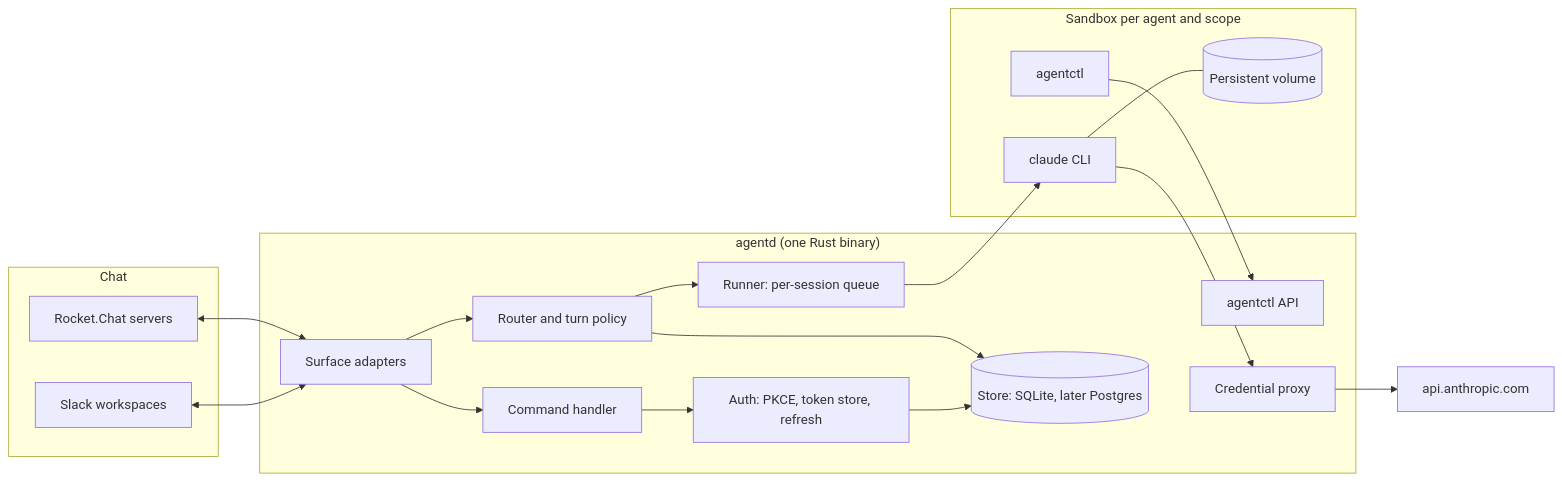
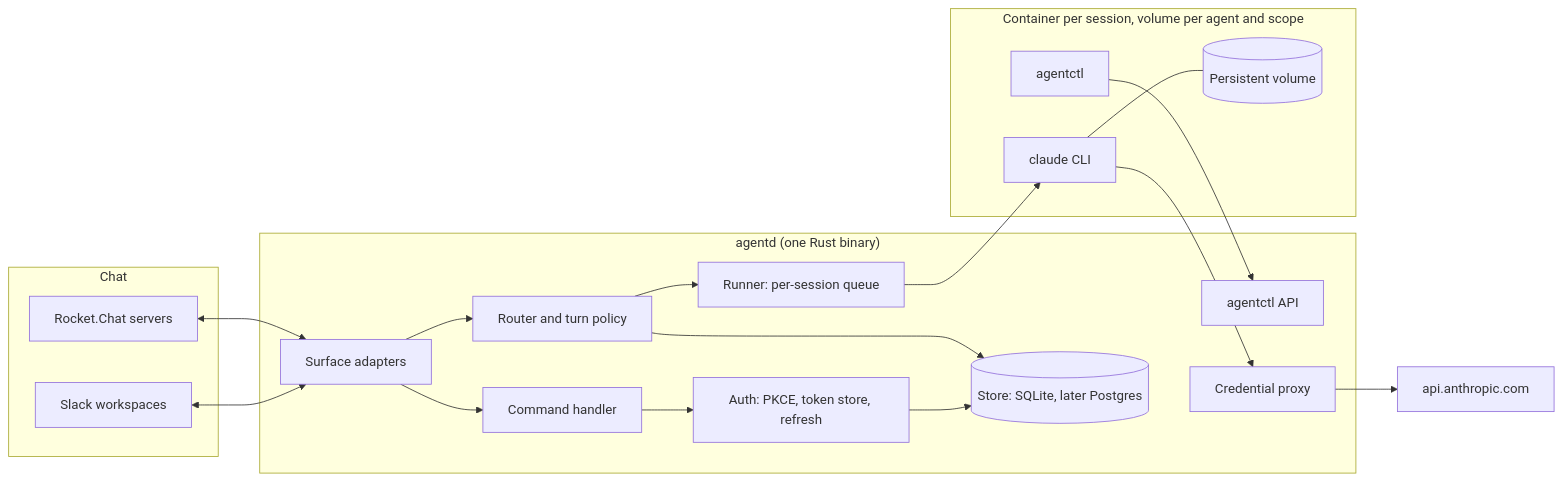
The first of 7 diagrams in docs/design.md (agentsky/agent-core), drawn with Mermaid before and after one commit. The commit also changed other lines of this file, not shown here.

````diff
--- a/docs/design.md
+++ b/docs/design.md
@@ -63,37 +63,37 @@
 ```mermaid
 graph LR
     subgraph Chat
         SL["Slack workspaces"]
         RC["Rocket.Chat servers"]
     end
     subgraph agentd["agentd (one Rust binary)"]
         AD["Surface adapters"]
         CMD["Command handler"]
         RT["Router and turn policy"]
         AU["Auth: PKCE, token store, refresh"]
         RUN["Runner: per-session queue"]
         API["agentctl API"]
         PX["Credential proxy"]
         DB[("Store: SQLite, later Postgres")]
     end
-    subgraph Sandboxes["Sandbox per agent and scope"]
+    subgraph Sandboxes["Container per session, volume per agent and scope"]
         CC["claude CLI"]
         CTL["agentctl"]
         VOL[("Persistent volume")]
     end
     ANT["api.anthropic.com"]
 
     SL <--> AD
     RC <--> AD
     AD --> CMD
     AD --> RT
     RT --> RUN
     RUN --> CC
     CC --> PX
     PX --> ANT
     CTL --> API
     CMD --> AU
     AU --> DB
     RT --> DB
     CC --- VOL
 ```
````
